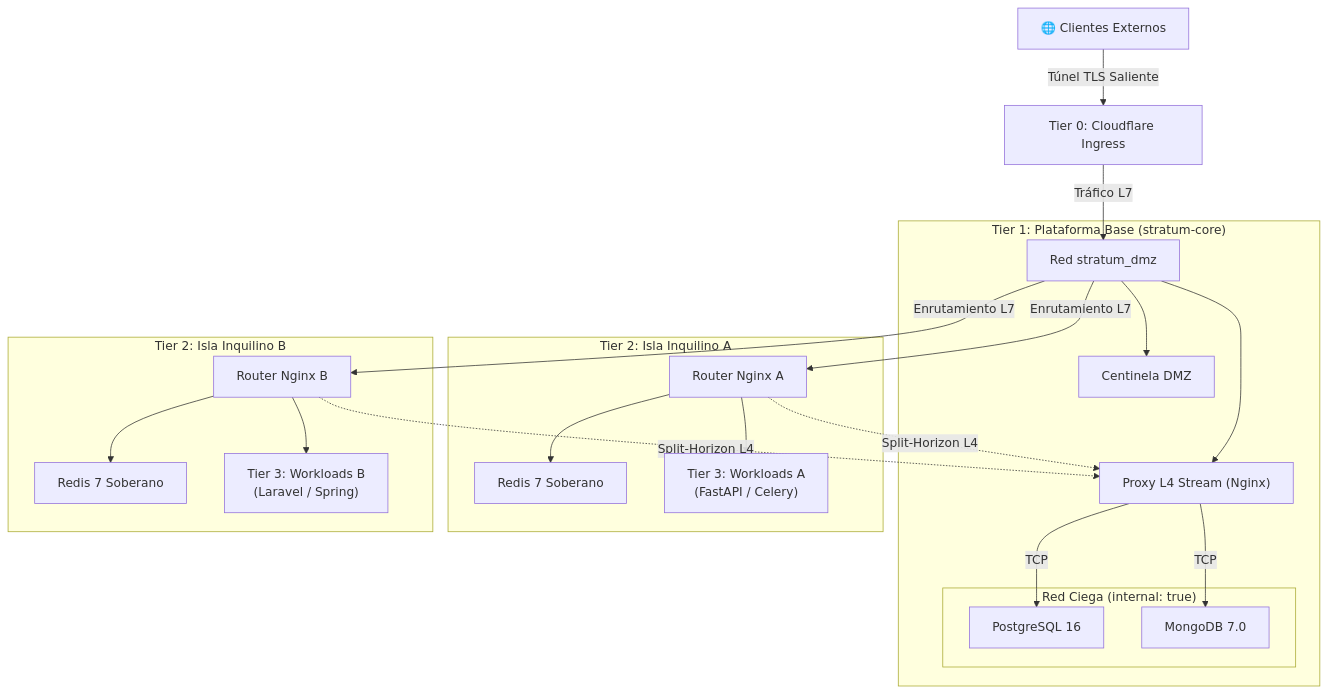
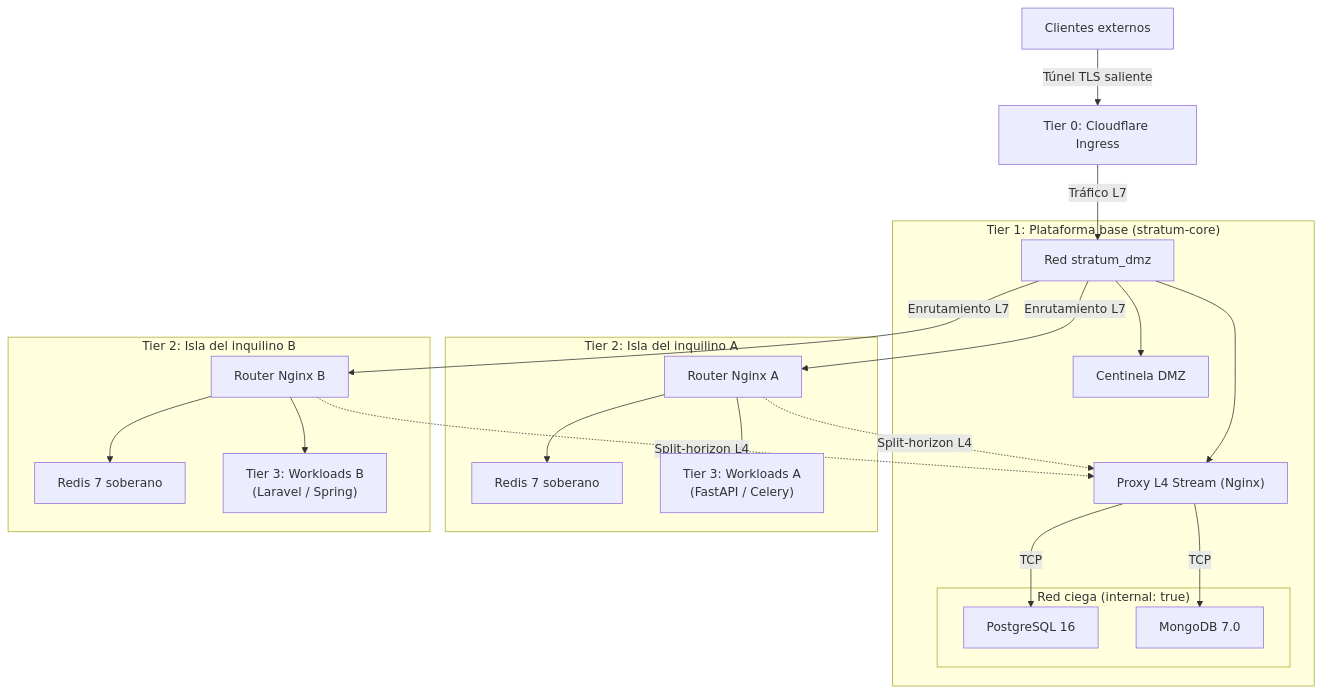
Before and after one commit to isora-cloud-group/stratum-hub: the second of 4 diagrams in README.md, drawn with Mermaid. The commit also changed other lines of this file, not shown here.

````diff
--- a/README.md
+++ b/README.md
@@ -84,46 +76,46 @@
 ```mermaid
 flowchart TD
-    EXT["🌐 Clientes Externos"] -->|"Túnel TLS Saliente"| T0["Tier 0: Cloudflare Ingress"]
+    EXT["Clientes externos"] -->|"Túnel TLS saliente"| T0["Tier 0: Cloudflare Ingress"]
     
-    subgraph CorePlatform ["Tier 1: Plataforma Base (stratum-core)"]
+    subgraph CorePlatform ["Tier 1: Plataforma base (stratum-core)"]
         DMZ["Red stratum_dmz"]
         ANCHOR["Centinela DMZ"]
         L4PROXY["Proxy L4 Stream (Nginx)"]
         
-        subgraph BlindDataTier ["Red Ciega (internal: true)"]
+        subgraph BlindDataTier ["Red ciega (internal: true)"]
             PG["PostgreSQL 16"]
             MONGO["MongoDB 7.0"]
         end
         
         DMZ --> ANCHOR
         DMZ --> L4PROXY
         L4PROXY -->|"TCP"| PG
         L4PROXY -->|"TCP"| MONGO
     end
-
+    
     T0 -->|"Tráfico L7"| DMZ
-
-    subgraph OrgA ["Tier 2: Isla Inquilino A"]
+    
+    subgraph OrgA ["Tier 2: Isla del inquilino A"]
         ROUTER_A["Router Nginx A"]
-        REDIS_A["Redis 7 Soberano"]
+        REDIS_A["Redis 7 soberano"]
         W_A["Tier 3: Workloads A<br/>(FastAPI / Celery)"]
         
         ROUTER_A --> REDIS_A
         ROUTER_A --> W_A
     end
-
-    subgraph OrgB ["Tier 2: Isla Inquilino B"]
+    
+    subgraph OrgB ["Tier 2: Isla del inquilino B"]
         ROUTER_B["Router Nginx B"]
-        REDIS_B["Redis 7 Soberano"]
+        REDIS_B["Redis 7 soberano"]
         W_B["Tier 3: Workloads B<br/>(Laravel / Spring)"]
         
         ROUTER_B --> REDIS_B
         ROUTER_B --> W_B
     end
-
+    
     DMZ -->|"Enrutamiento L7"| ROUTER_A
     DMZ -->|"Enrutamiento L7"| ROUTER_B
-
-    ROUTER_A -.->|"Split-Horizon L4"| L4PROXY
-    ROUTER_B -.->|"Split-Horizon L4"| L4PROXY
+    
+    ROUTER_A -.->|"Split-horizon L4"| L4PROXY
+    ROUTER_B -.->|"Split-horizon L4"| L4PROXY
 ```
````
